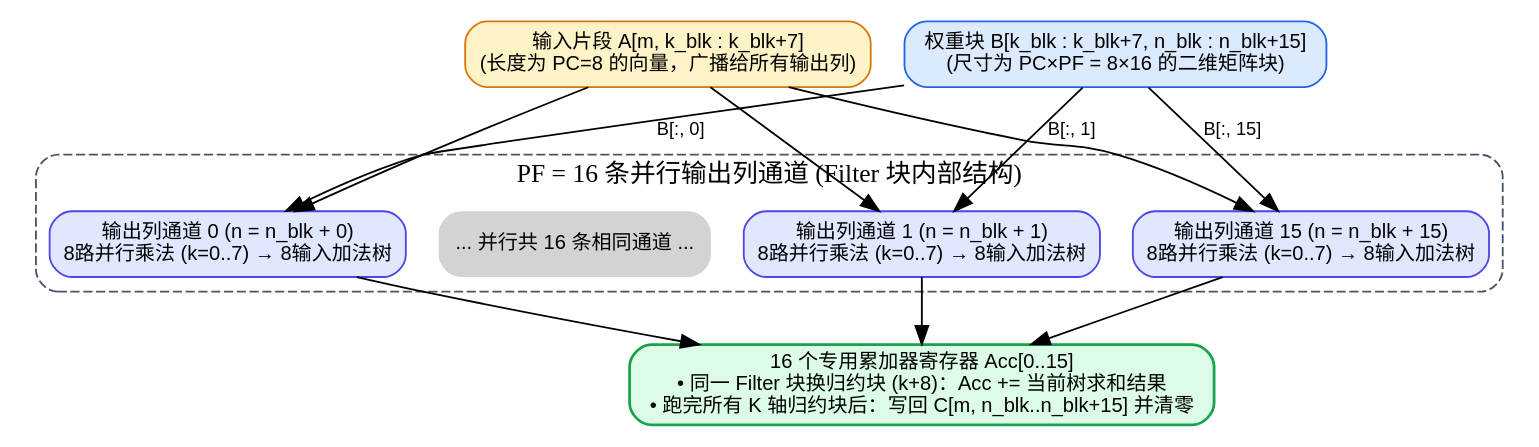
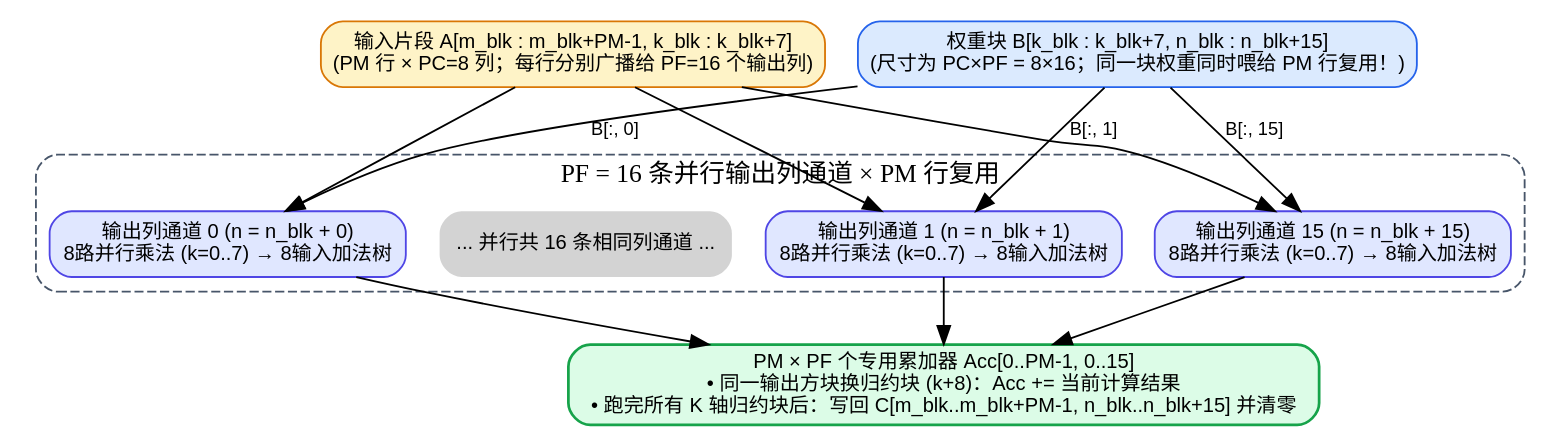
One commit to hqu-little-boy/blog changed the sixth of 6 diagrams in src/content/posts/matmul-tiling-filter-block-and-reduction-block-guide.md. Above: the diagram before and after it, drawn with Graphviz. The commit also changed other lines of this file, not shown here.

Commit message:
docs: 补充 Matmul 沿 M 轴的行块/空间块解析与三维数据复用图解

````diff
--- a/src/content/posts/matmul-tiling-filter-block-and-reduction-block-guide.md
+++ b/src/content/posts/matmul-tiling-filter-block-and-reduction-block-guide.md
@@ -296,35 +352,35 @@
 ```dot
 digraph HardwareMicroArch {
     rankdir=TB;
     node [shape=box, style="filled,rounded", fontname="sans-serif", fontsize=11];
     edge [fontname="sans-serif", fontsize=10];
 
-    InputA [label="输入片段 A[m, k_blk : k_blk+7]\n(长度为 PC=8 的向量，广播给所有输出列)", fillcolor="#fef3c7", color="#d97706"];
-    InputB [label="权重块 B[k_blk : k_blk+7, n_blk : n_blk+15]\n(尺寸为 PC×PF = 8×16 的二维矩阵块)", fillcolor="#dbeafe", color="#2563eb"];
+    InputA [label="输入片段 A[m_blk : m_blk+PM-1, k_blk : k_blk+7]\n(PM 行 × PC=8 列；每行分别广播给 PF=16 个输出列)", fillcolor="#fef3c7", color="#d97706"];
+    InputB [label="权重块 B[k_blk : k_blk+7, n_blk : n_blk+15]\n(尺寸为 PC×PF = 8×16；同一块权重同时喂给 PM 行复用！)", fillcolor="#dbeafe", color="#2563eb"];
 
     subgraph cluster_cols {
-        label="PF = 16 条并行输出列通道 (Filter 块内部结构)";
+        label="PF = 16 条并行输出列通道 × PM 行复用";
         style="rounded,dashed";
         color="#475569";
 
         Col0 [label="输出列通道 0 (n = n_blk + 0)\n8路并行乘法 (k=0..7) → 8输入加法树", fillcolor="#e0e7ff", color="#4f46e5"];
         Col1 [label="输出列通道 1 (n = n_blk + 1)\n8路并行乘法 (k=0..7) → 8输入加法树", fillcolor="#e0e7ff", color="#4f46e5"];
-        ColDots [label="... 并行共 16 条相同通道 ...", shape=plaintext];
+        ColDots [label="... 并行共 16 条相同列通道 ...", shape=plaintext];
         Col15 [label="输出列通道 15 (n = n_blk + 15)\n8路并行乘法 (k=0..7) → 8输入加法树", fillcolor="#e0e7ff", color="#4f46e5"];
     }
 
-    AccBank [label="16 个专用累加器寄存器 Acc[0..15]\n• 同一 Filter 块换归约块 (k+8)：Acc += 当前树求和结果\n• 跑完所有 K 轴归约块后：写回 C[m, n_blk..n_blk+15] 并清零", fillcolor="#dcfce7", color="#16a34a", penwidth=1.5];
+    AccBank [label="PM × PF 个专用累加器 Acc[0..PM-1, 0..15]\n• 同一输出方块换归约块 (k+8)：Acc += 当前计算结果\n• 跑完所有 K 轴归约块后：写回 C[m_blk..m_blk+PM-1, n_blk..n_blk+15] 并清零", fillcolor="#dcfce7", color="#16a34a", penwidth=1.5];
 
     InputA -> Col0;
     InputA -> Col1;
     InputA -> Col15;
 
     InputB -> Col0 [label="B[:, 0]"];
     InputB -> Col1 [label="B[:, 1]"];
     InputB -> Col15 [label="B[:, 15]"];
 
     Col0 -> AccBank;
     Col1 -> AccBank;
     Col15 -> AccBank;
 }
 ```
````
